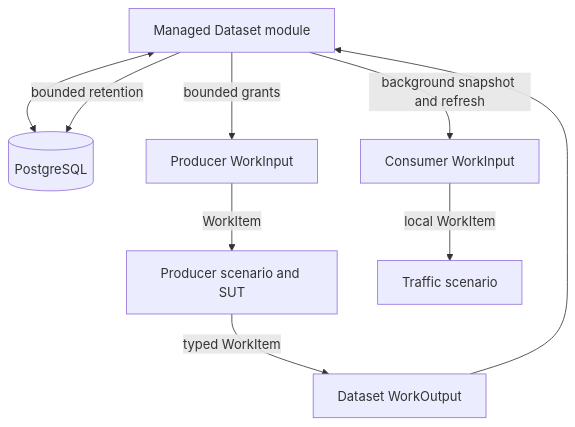
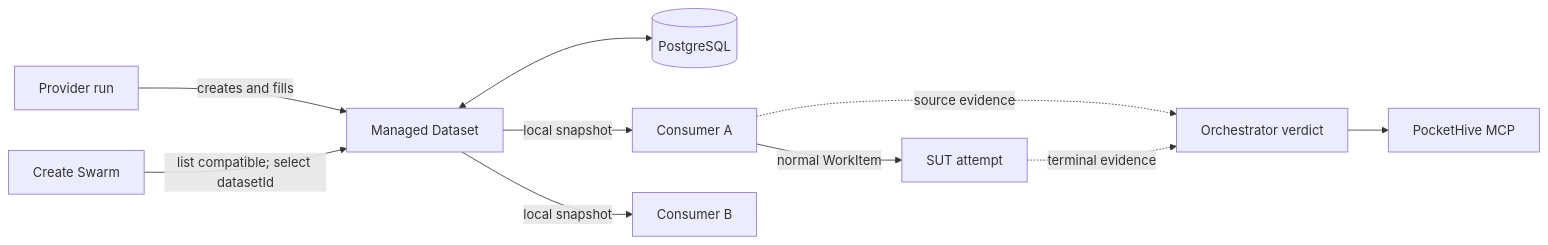
One commit to sepa79/PocketHive changed the diagram in docs/inProgress/managed-datasets-team-design-overview.md. Above: the diagram before and after it, drawn with Mermaid. The commit also changed other lines of this file and 2 other files, not shown here.

````diff
--- a/docs/inProgress/managed-datasets-team-design-overview.md
+++ b/docs/inProgress/managed-datasets-team-design-overview.md
@@ -15,11 +29,12 @@
 ```mermaid
-flowchart TD
-  API["Managed Dataset module"] <--> PG[(PostgreSQL)]
-  API -->|bounded grants| IN["Producer WorkInput"]
-  IN -->|WorkItem| P["Producer scenario and SUT"]
-  P -->|typed WorkItem| OUT["Dataset WorkOutput"]
-  OUT --> API
-  API -->|background snapshot and refresh| C["Consumer WorkInput"]
-  C -->|local WorkItem| T["Traffic scenario"]
-  API -->|bounded retention| PG
+flowchart LR
+  P["Provider run"] -->|creates and fills| MD["Managed Dataset"]
+  MD <--> PG[("PostgreSQL")]
+  CS["Create Swarm"] -->|list compatible; select datasetId| MD
+  MD -->|local snapshot| A["Consumer A"]
+  MD -->|local snapshot| B["Consumer B"]
+  A -->|normal WorkItem| SUT["SUT attempt"]
+  A -. source evidence .-> E["Orchestrator verdict"]
+  SUT -. terminal evidence .-> E
+  E --> MCP["PocketHive MCP"]
 ```
````
